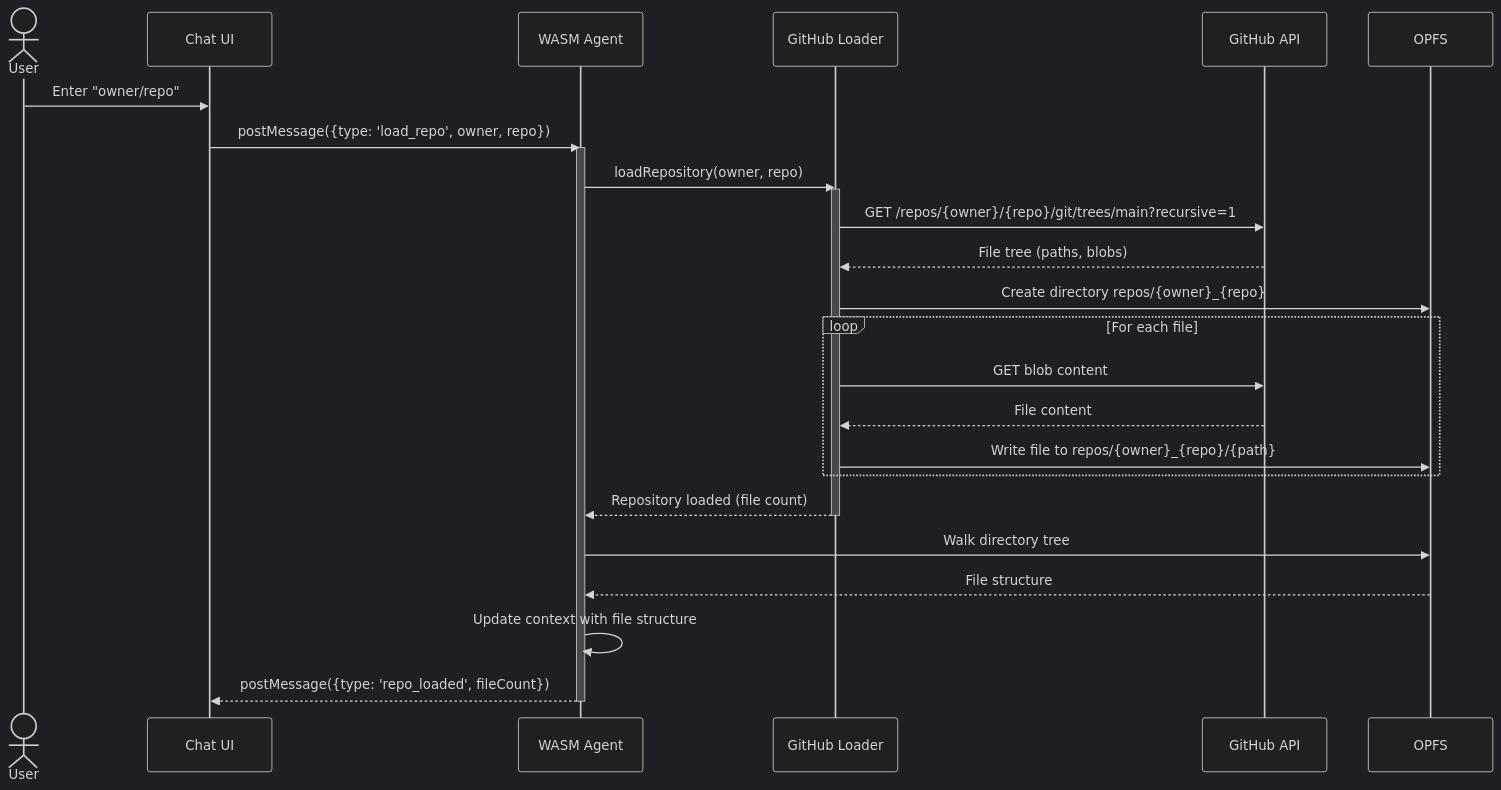
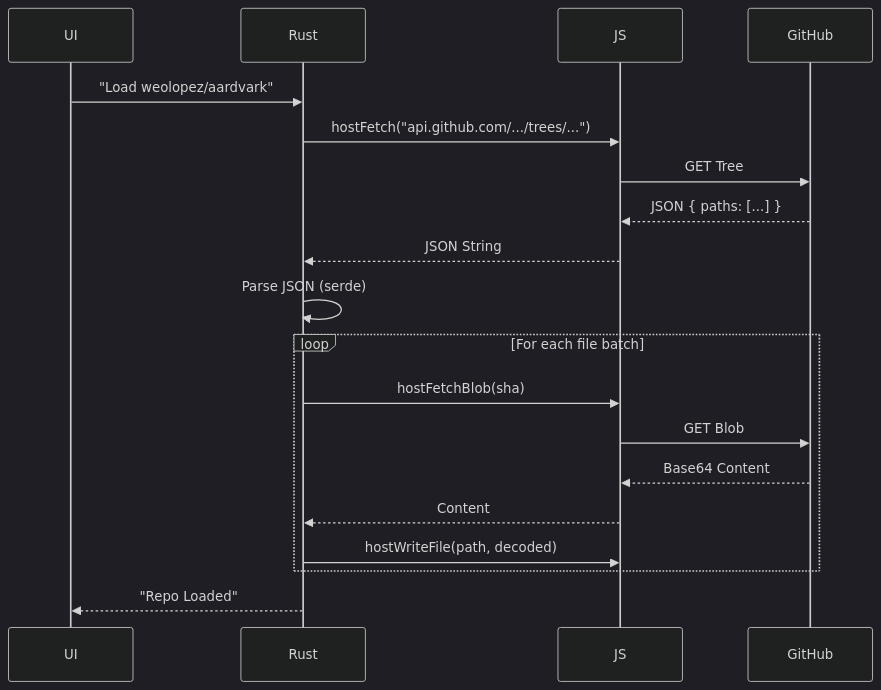
The third of 3 diagrams in ARCHITECTURE.md (weolopez/aardvark), drawn with Mermaid (dark theme) before and after one commit. The commit also changed other lines of this file and 1 other file, not shown here.

Commit message:
Update ARCHITECTURE and Phase 4 plan for Zero-Lib Rust/WASM approach

````diff
--- a/ARCHITECTURE.md
+++ b/ARCHITECTURE.md
@@ -594,38 +217,25 @@
 ```mermaid
 sequenceDiagram
-    actor User
-    participant UI as Chat UI
-    participant Agent as WASM Agent
-    participant GL as GitHub Loader
-    participant GH as GitHub API
-    participant OPFS as OPFS
+    participant UI
+    participant Rust
+    participant JS
+    participant GitHub
+
+    UI->>Rust: "Load weolopez/aardvark"
+    Rust->>JS: hostFetch("api.github.com/.../trees/...")
+    JS->>GitHub: GET Tree
+    GitHub-->>JS: JSON { paths: [...] }
+    JS-->>Rust: JSON String
+
+    Rust->>Rust: Parse JSON (serde)
     
-    User->>UI: Enter "owner/repo"
-    
-    UI->>Agent: postMessage({type: 'load_repo', owner, repo})
-    activate Agent
-    
-    Agent->>GL: loadRepository(owner, repo)
-    activate GL
-    
-    GL->>GH: GET /repos/{owner}/{repo}/git/trees/main?recursive=1
-    GH-->>GL: File tree (paths, blobs)
-    
-    GL->>OPFS: Create directory repos/{owner}_{repo}
-    
-    loop For each file
-        GL->>GH: GET blob content
-        GH-->>GL: File content
-        GL->>OPFS: Write file to repos/{owner}_{repo}/{path}
+    loop For each file batch
+        Rust->>JS: hostFetchBlob(sha)
+        JS->>GitHub: GET Blob
+        GitHub-->>JS: Base64 Content
+        JS-->>Rust: Content
+        Rust->>JS: hostWriteFile(path, decoded)
     end
-    
-    GL-->>Agent: Repository loaded (file count)
-    deactivate GL
-    
-    Agent->>OPFS: Walk directory tree
-    OPFS-->>Agent: File structure
-    
-    Agent->>Agent: Update context with file structure
-    Agent-->>UI: postMessage({type: 'repo_loaded', fileCount})
-    deactivate Agent
+
+    Rust-->>UI: "Repo Loaded"
 ```
````
